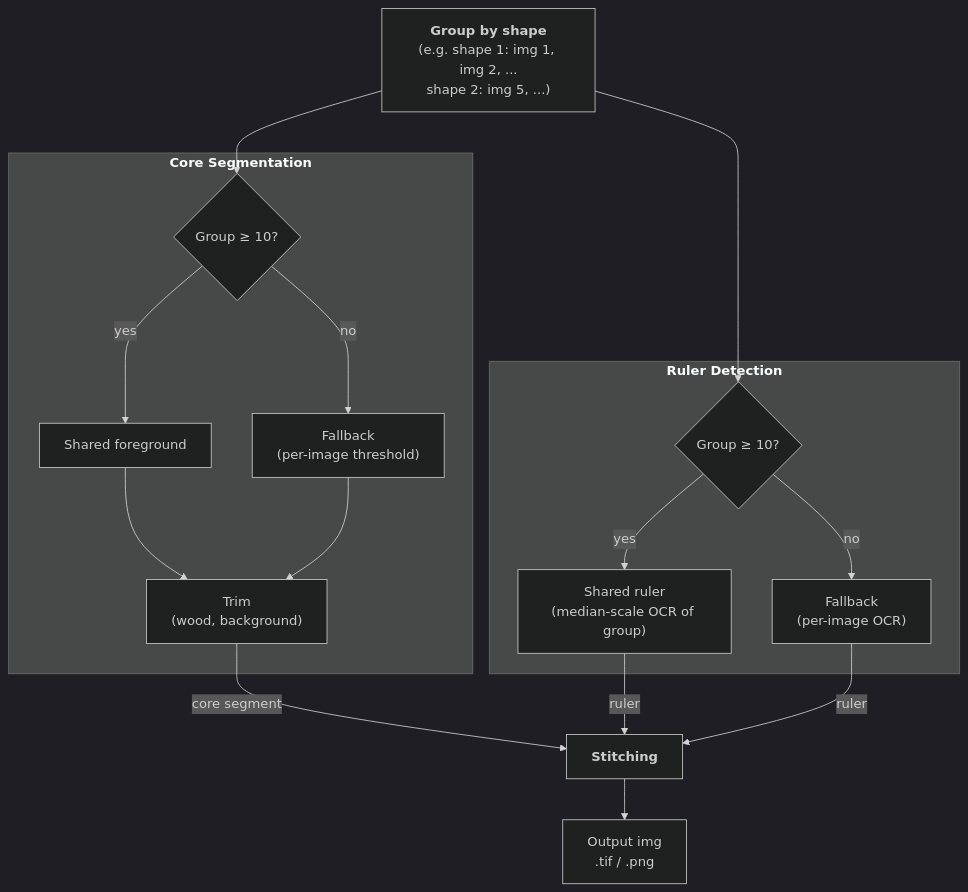
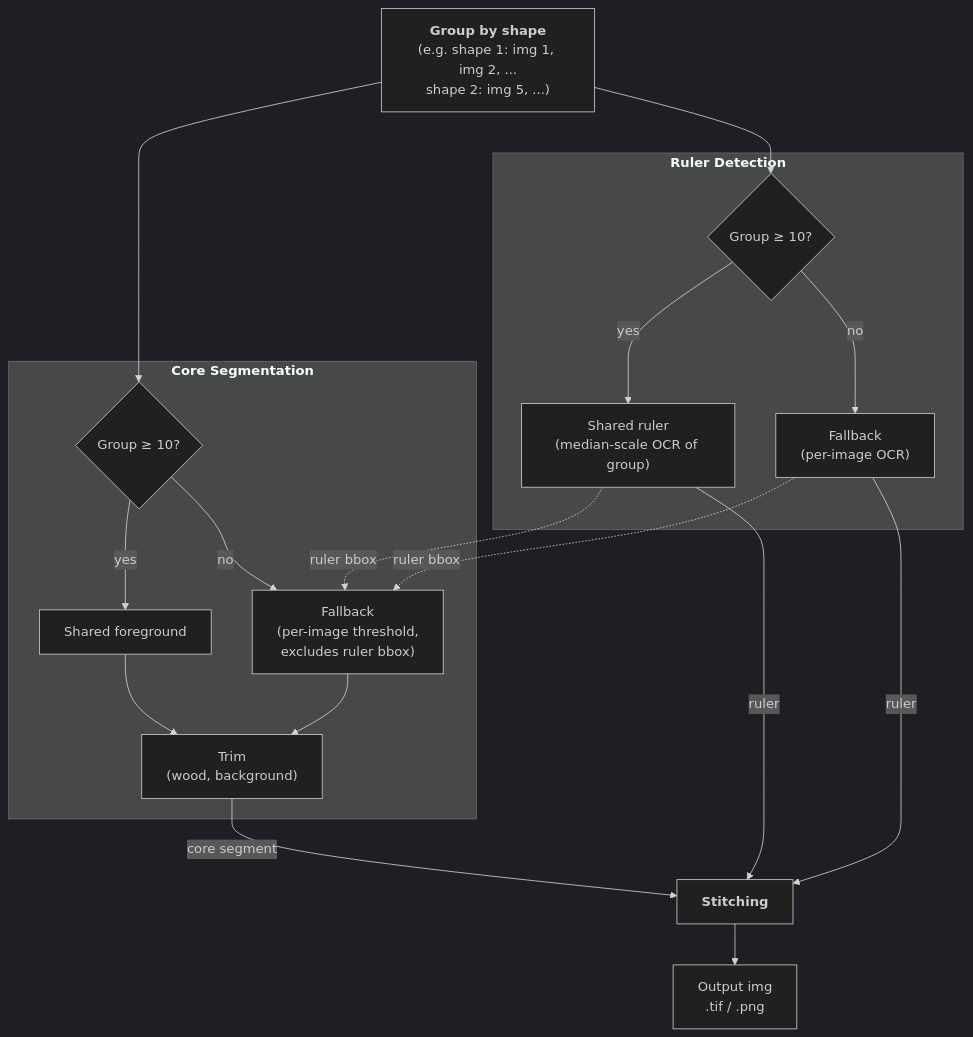
One commit to swisstopo/swissgeol-boreholes-photo-processor changed the diagram in ARCHITECTURE.md. Above: the diagram before and after it, drawn with Mermaid (dark theme). The commit also changed other lines of this file, not shown here.

First line of the commit message:
docs(architecture): reflect ruler-tray dependency from issue #44

````diff
--- a/ARCHITECTURE.md
+++ b/ARCHITECTURE.md
@@ -45,30 +47,34 @@
 ```mermaid
 flowchart TD
     A["`**Group by shape**
 (e.g. shape 1: img 1, img 2, ...
 shape 2: img 5, ...)`"]
     A --> C{"Group ≥ 10?"}
     A --> C2{"Group ≥ 10?"}
 
-    subgraph CoreSeg ["`**Core Segmentation**`"]
-        C -->|yes| D[Shared foreground]
-        C -->|no| E["Fallback
-(per-image threshold)"]
-        D --> F["Trim
-(wood, background)"]
-        E --> F
-    end
-
     subgraph RulerDet ["`**Ruler Detection**`"]
         C2 -->|yes| G["Shared ruler
 (median-scale OCR of group)"]
         C2 -->|no| H["Fallback
 (per-image OCR)"]
     end
 
+    subgraph CoreSeg ["`**Core Segmentation**`"]
+        C -->|yes| D[Shared foreground]
+        C -->|no| E["Fallback
+(per-image threshold,
+excludes ruler bbox)"]
+        D --> F["Trim
+(wood, background)"]
+        E --> F
+    end
+
+    G -.->|ruler bbox| E
+    H -.->|ruler bbox| E
+
     F -->|core segment| S["`**Stitching**`"]
     G -->|ruler| S
     H -->|ruler| S
     S --> O["Output img
 .tif / .png"]
 ```
````
